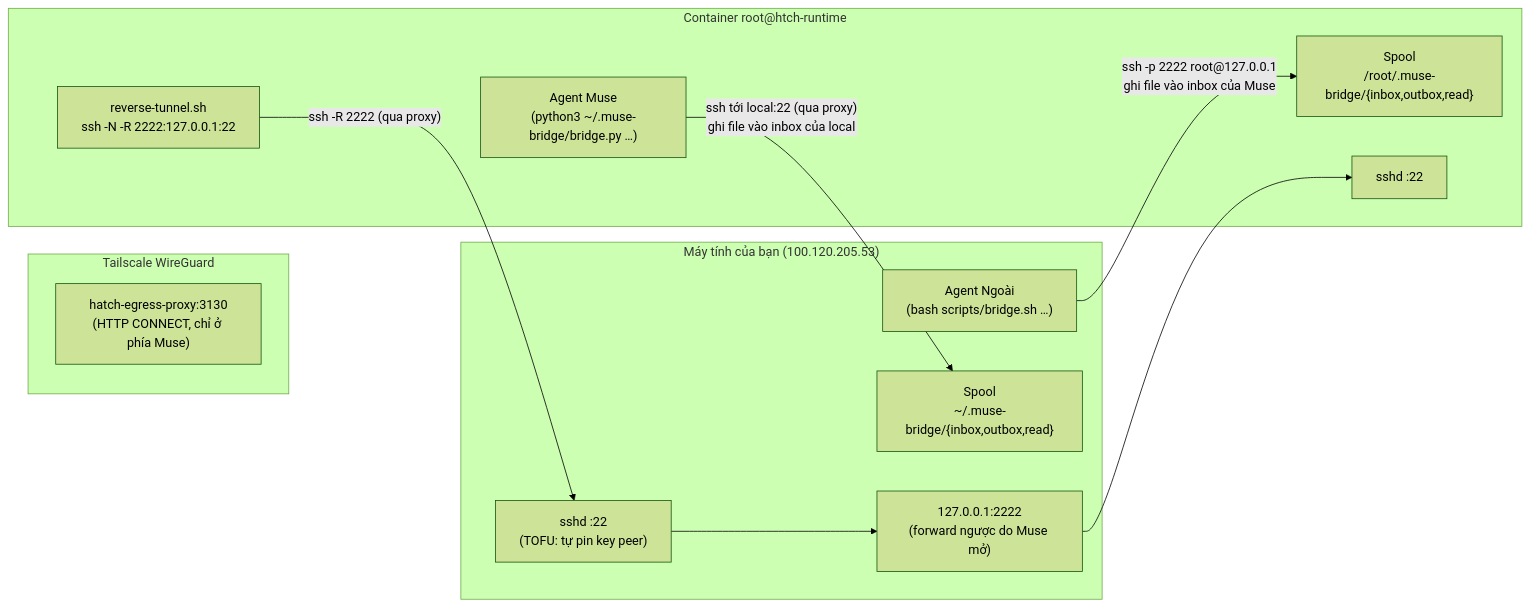
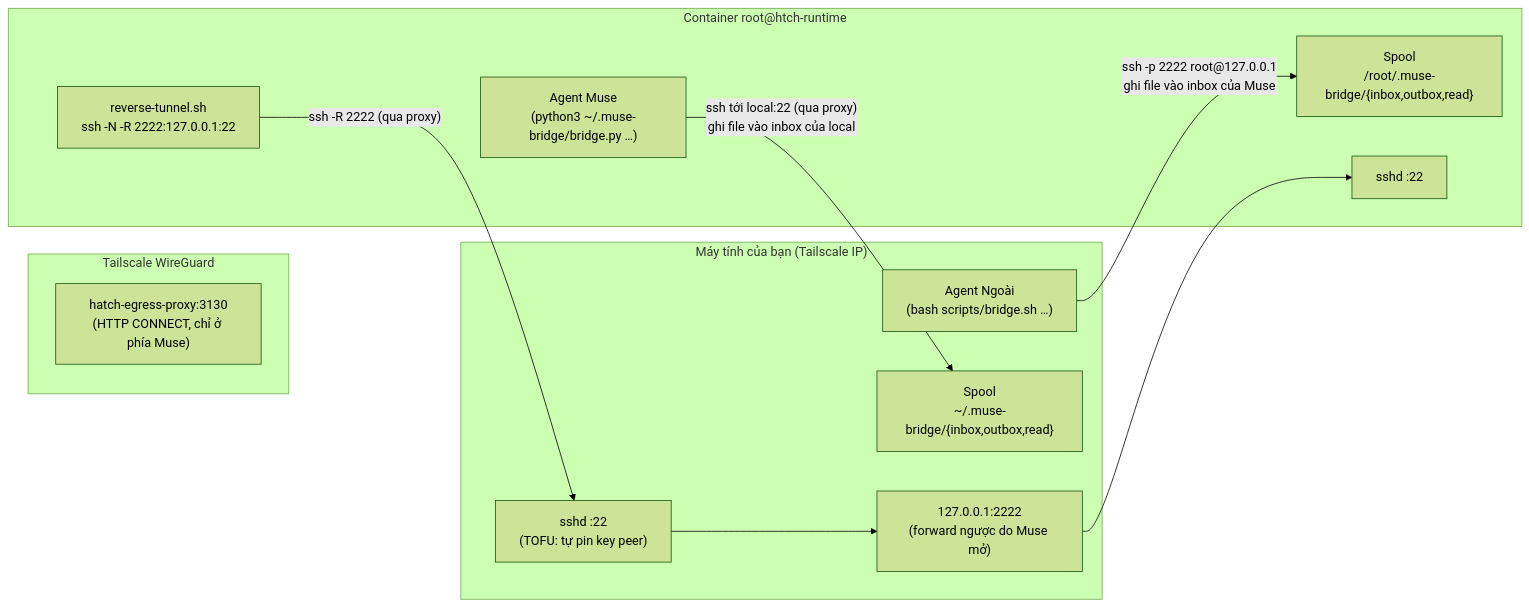
Before and after one commit to MinhBienK2/muse-auto-ssh: the second of 7 diagrams in PROTOCOL.md, drawn with Mermaid (forest theme). The commit also changed other lines of this file and 24 other files, not shown here.

````diff
--- a/PROTOCOL.md
+++ b/PROTOCOL.md
@@ -58,24 +58,24 @@
 ```mermaid
 flowchart LR
-    subgraph Local["Máy tính của bạn (100.120.205.53)"]
+    subgraph Local["Máy tính của bạn (Tailscale IP)"]
         LA["Agent Ngoài<br/>(bash scripts/bridge.sh …)"]
         LS["Spool<br/>~/.muse-bridge/{inbox,outbox,read}"]
         LD["sshd :22<br/>(TOFU: tự pin key peer)"]
         LF["127.0.0.1:2222<br/>(forward ngược do Muse mở)"]
     end
     subgraph Tailnet["Tailscale WireGuard"]
         PR["hatch-egress-proxy:3130<br/>(HTTP CONNECT, chỉ ở phía Muse)"]
     end
     subgraph Muse["Container root@htch-runtime"]
         MA["Agent Muse<br/>(python3 ~/.muse-bridge/bridge.py …)"]
         MS["Spool<br/>/root/.muse-bridge/{inbox,outbox,read}"]
         MSHD["sshd :22"]
         MT["reverse-tunnel.sh<br/>ssh -N -R 2222:127.0.0.1:22"]
     end
 
     MA -->|"ssh tới local:22 (qua proxy)<br/>ghi file vào inbox của local"| LS
     LA -->|"ssh -p 2222 root@127.0.0.1<br/>ghi file vào inbox của Muse"| MS
     MT -->|"ssh -R 2222 (qua proxy)"| LD
     LD --> LF
     LF --> MSHD
 ```
````
